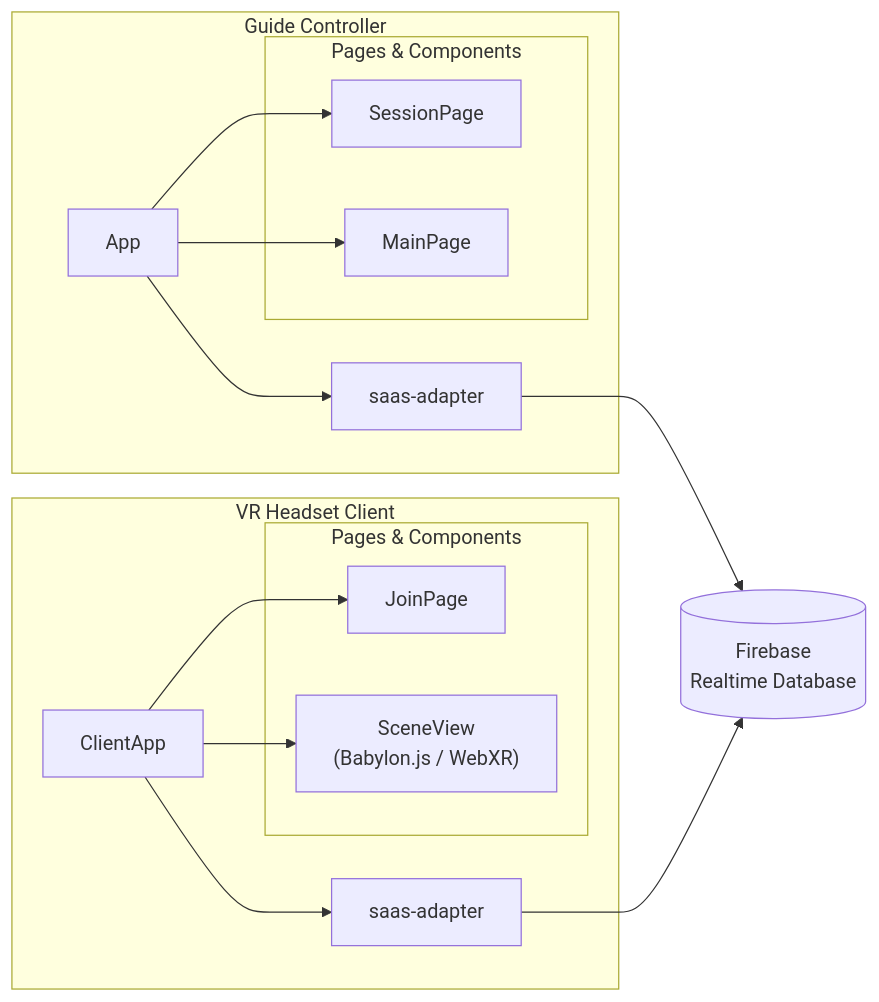
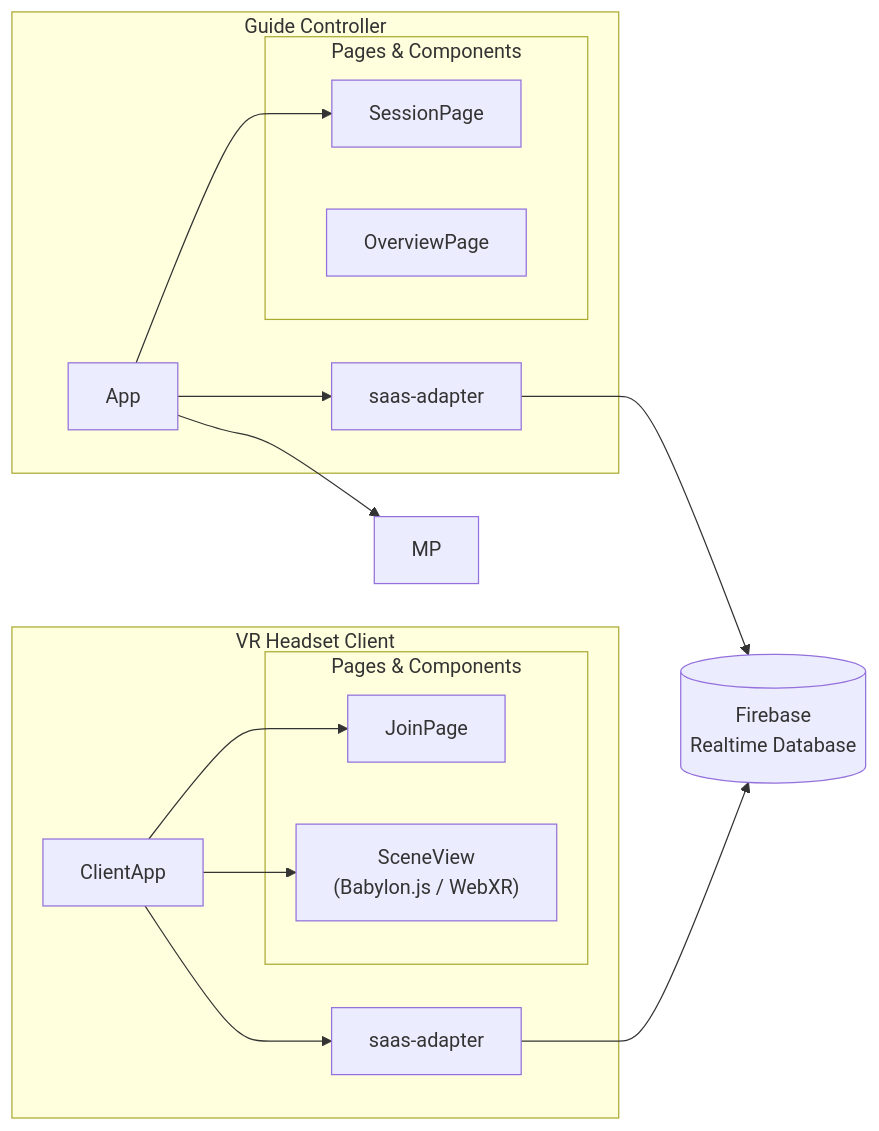
The diagram in docs/component-diagram.md (Erikwink/Kalmar-historical-tour), drawn with Mermaid before and after one commit. The commit also changed 9 other files, not shown here.

Commit message:
implemented frontend for overview page updated main page imports to overview page

````diff
--- a/docs/component-diagram.md
+++ b/docs/component-diagram.md
@@ -3,32 +3,32 @@
 ```mermaid
 graph LR
     
         subgraph Controller["Guide Controller"]
             App["App"]
             subgraph ControllerUI["Pages & Components"]
                 SP["SessionPage"]
-                MP["MainPage"]
+                OP["OverviewPage"]
             end
             ControllerAdapter["saas-adapter"]
         end
 
         subgraph Client["VR Headset Client"]
             ClientApp["ClientApp"]
             subgraph ClientUI["Pages & Components"]
                 JP["JoinPage"]
                 SV["SceneView\n(Babylon.js / WebXR)"]
             end
             ClientAdapter["saas-adapter"]
         end
     
 
     FirebaseDB[("Firebase\nRealtime Database")]
 
     App --> SP & MP
     App --> ControllerAdapter
     ControllerAdapter --> FirebaseDB
 
     ClientApp --> JP & SV
     ClientApp --> ClientAdapter
     ClientAdapter --> FirebaseDB
 ```
````
